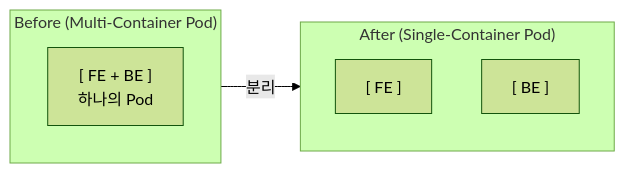
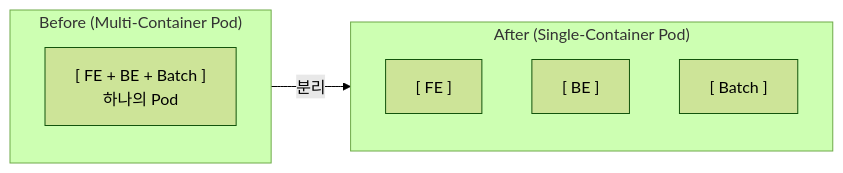
One commit to kos5667/kos5667.github.io changed the seventh of 12 diagrams in portfolio/slides_notion.md. Above: the diagram before and after it, drawn with Mermaid (forest theme). The commit also changed other lines of this file and 1 other file, not shown here.

````diff
--- a/portfolio/slides_notion.md
+++ b/portfolio/slides_notion.md
@@ -205,11 +278,12 @@
 ```mermaid
 flowchart LR
     subgraph Before["Before (Multi-Container Pod)"]
-        B1["[ FE + BE ]\n하나의 Pod"]
+        B1["[ FE + BE + Batch ]\n하나의 Pod"]
     end
     subgraph After["After (Single-Container Pod)"]
         A1["[ FE ]"]
         A2["[ BE ]"]
+        A3["[ Batch ]"]
     end
     Before -->|분리| After
 ```
````
